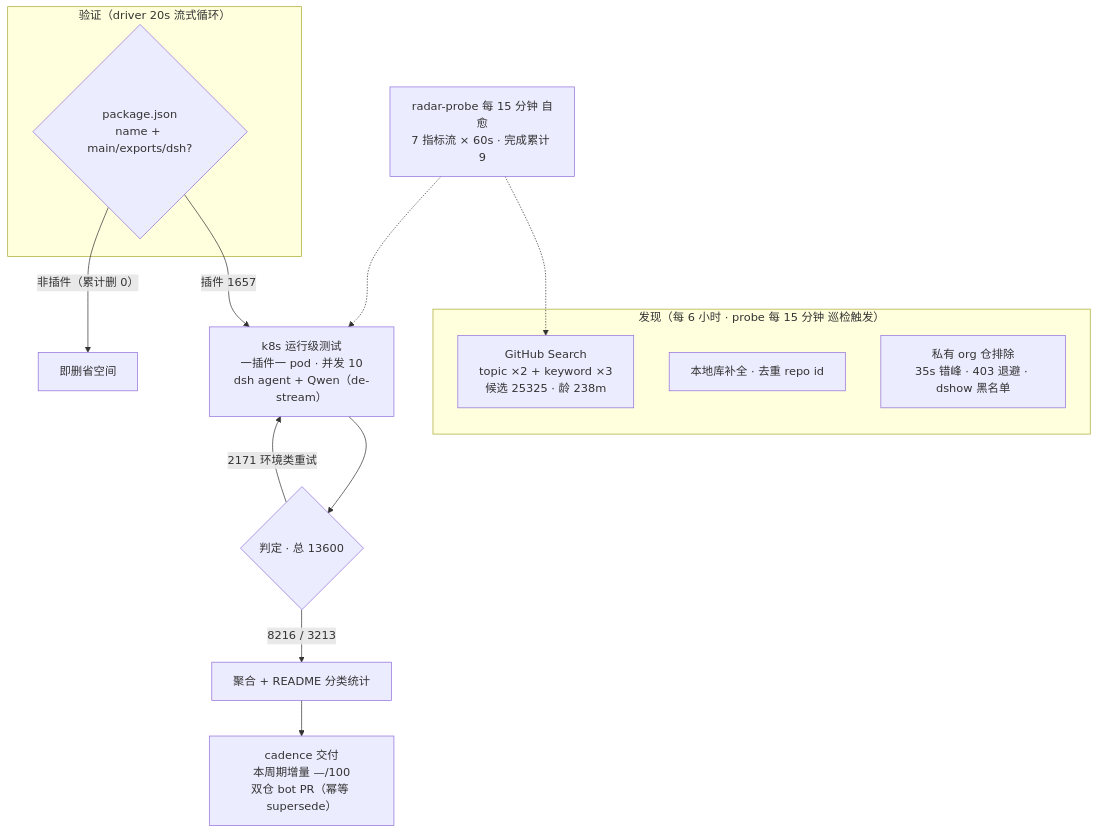
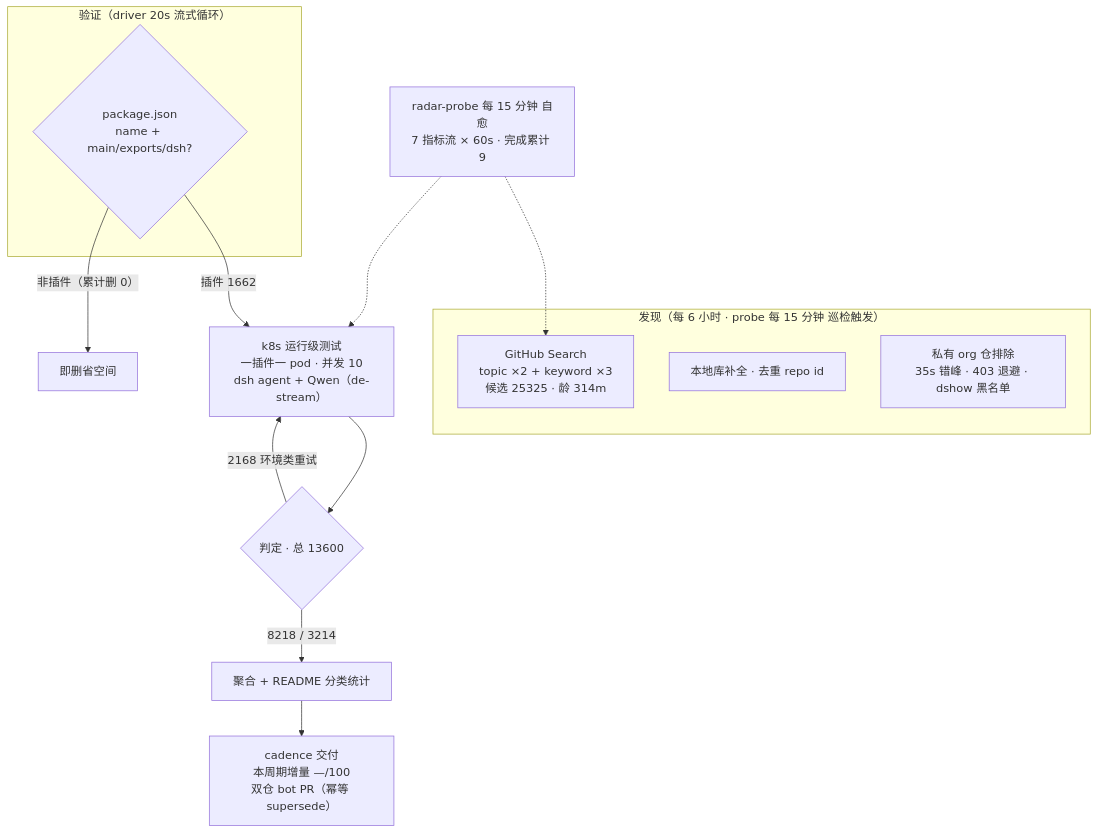
Before and after one commit to Zhidao-Lab-OSS/awesome-dsh-plugins: the diagram in README.md, drawn with Mermaid. The commit also changed other lines of this file and 1 other file, not shown here.

````diff
--- a/README.md
+++ b/README.md
@@ -99,20 +99,20 @@
 ```mermaid
 flowchart TB
     subgraph Discovery["发现（每 6 小时 · probe 每 15 分钟 巡检触发）"]
-        A1["GitHub Search<br/>topic ×2 + keyword ×3<br/>候选 25325 · 龄 238m"]
+        A1["GitHub Search<br/>topic ×2 + keyword ×3<br/>候选 25325 · 龄 314m"]
         A2["本地库补全 · 去重 repo id"]
         A3["私有 org 仓排除<br/>35s 错峰 · 403 退避 · dshow 黑名单"]
     end
     subgraph Validation["验证（driver 20s 流式循环）"]
         B1{"package.json<br/>name + main/exports/dsh?"}
     end
-    B1 -->|"插件 1657"| C1["k8s 运行级测试<br/>一插件一 pod · 并发 10<br/>dsh agent + Qwen（de-stream）"]
+    B1 -->|"插件 1662"| C1["k8s 运行级测试<br/>一插件一 pod · 并发 10<br/>dsh agent + Qwen（de-stream）"]
     B1 -->|"非插件（累计删 0）"| B3["即删省空间"]
     C1 --> D1{"判定 · 总 13600"}
-    D1 -->|"8216 / 3213"| E1["聚合 + README 分类统计"]
-    D1 -->|"2171 环境类重试"| C1
+    D1 -->|"8218 / 3214"| E1["聚合 + README 分类统计"]
+    D1 -->|"2168 环境类重试"| C1
     E1 --> E2["cadence 交付<br/>本周期增量 —/100<br/>双仓 bot PR（幂等 supersede）"]
     M["radar-probe 每 15 分钟 自愈<br/>7 指标流 × 60s · 完成累计 9"]
     M -.-> A1
     M -.-> C1
 ```
````
